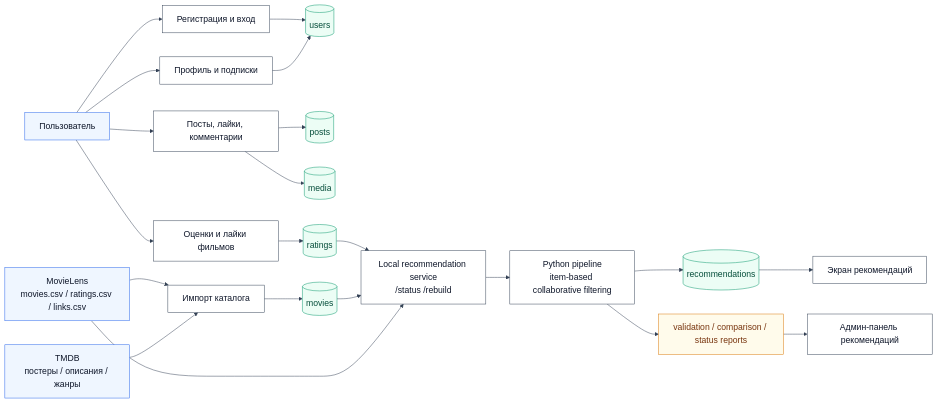
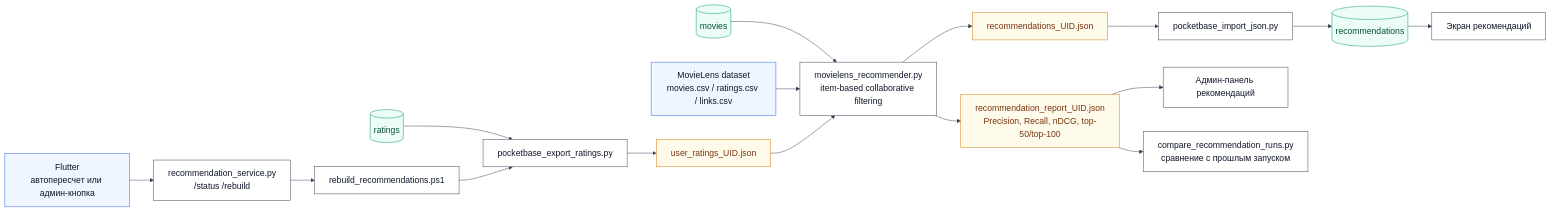
Before and after one commit to Rodjolo/social_media_app: the second of 2 diagrams in docs/data_collection_schema.md, drawn with Mermaid. The commit also changed other lines of this file, not shown here.

Commit message:
Split recommendation data flow diagrams

````diff
--- a/docs/data_collection_schema.md
+++ b/docs/data_collection_schema.md
@@ -5,39 +54,34 @@
 ```mermaid
 %%{init: {"theme": "base", "themeVariables": {"background": "#FFFFFF", "fontFamily": "Arial, sans-serif", "fontSize": "18px", "primaryColor": "#FFFFFF", "primaryTextColor": "#0F172A", "primaryBorderColor": "#1D4ED8", "secondaryColor": "#F1F5F9", "secondaryTextColor": "#0F172A", "secondaryBorderColor": "#334155", "tertiaryColor": "#ECFDF5", "tertiaryTextColor": "#064E3B", "tertiaryBorderColor": "#059669", "lineColor": "#334155", "textColor": "#0F172A", "edgeLabelBackground": "#FFFFFF"}}}%%
 flowchart LR
-    User["Пользователь"] --> Register["Регистрация и вход"]
-    User --> Profile["Профиль и подписки"]
-    User --> PostsAction["Посты, лайки, комментарии"]
-    User --> MovieAction["Оценки и лайки фильмов"]
+    Ratings[("ratings")] --> ExportRatings["pocketbase_export_ratings.py"]
+    Movies[("movies")] --> Recommender["movielens_recommender.py\nitem-based collaborative filtering"]
+    MovieLens["MovieLens dataset\nmovies.csv / ratings.csv / links.csv"] --> Recommender
 
-    Register --> Users[("users")]
-    Profile --> Users
-    PostsAction --> Posts[("posts")]
-    PostsAction --> Media[("media")]
-    MovieAction --> Ratings[("ratings")]
+    AppTrigger["Flutter\nавтопересчет или админ-кнопка"] --> LocalService["recommendation_service.py\n/status /rebuild"]
+    LocalService --> RebuildScript["rebuild_recommendations.ps1"]
 
-    MovieLens["MovieLens\nmovies.csv / ratings.csv / links.csv"] --> ImportMovies["Импорт каталога"]
-    TMDB["TMDB\nпостеры / описания / жанры"] --> ImportMovies
-    ImportMovies --> Movies[("movies")]
+    RebuildScript --> ExportRatings
+    ExportRatings --> UserRatingsJson["user_ratings_UID.json"]
+    UserRatingsJson --> Recommender
 
-    Ratings --> Service["Local recommendation service\n/status /rebuild"]
-    Movies --> Service
-    MovieLens --> Service
+    Recommender --> RecommendationsJson["recommendations_UID.json"]
+    Recommender --> ValidationReport["recommendation_report_UID.json\nPrecision, Recall, nDCG, top-50/top-100"]
 
-    Service --> Pipeline["Python pipeline\nitem-based collaborative filtering"]
-    Pipeline --> Recommendations[("recommendations")]
-    Pipeline --> Reports["validation / comparison / status reports"]
+    RecommendationsJson --> ImportRecommendations["pocketbase_import_json.py"]
+    ImportRecommendations --> Recommendations[("recommendations")]
 
-    Recommendations --> RecScreen["Экран рекомендаций"]
-    Reports --> AdminPanel["Админ-панель рекомендаций"]
+    Recommendations --> RecommendationsScreen["Экран рекомендаций"]
+    ValidationReport --> AdminPanel["Админ-панель рекомендаций"]
+    ValidationReport --> Comparison["compare_recommendation_runs.py\nсравнение с прошлым запуском"]
 
     classDef source fill:#EFF6FF,stroke:#2563EB,color:#0F172A
     classDef action fill:#FFFFFF,stroke:#334155,color:#0F172A
     classDef db fill:#ECFDF5,stroke:#059669,color:#064E3B
     classDef report fill:#FFFBEB,stroke:#D97706,color:#78350F
 
-    class User,MovieLens,TMDB source
-    class Register,Profile,PostsAction,MovieAction,ImportMovies,Service,Pipeline,RecScreen,AdminPanel action
-    class Users,Posts,Media,Ratings,Movies,Recommendations db
-    class Reports report
+    class AppTrigger,MovieLens source
+    class ExportRatings,Recommender,LocalService,RebuildScript,ImportRecommendations,RecommendationsScreen,AdminPanel,Comparison action
+    class Ratings,Movies,Recommendations db
+    class UserRatingsJson,RecommendationsJson,ValidationReport report
 ```
````
